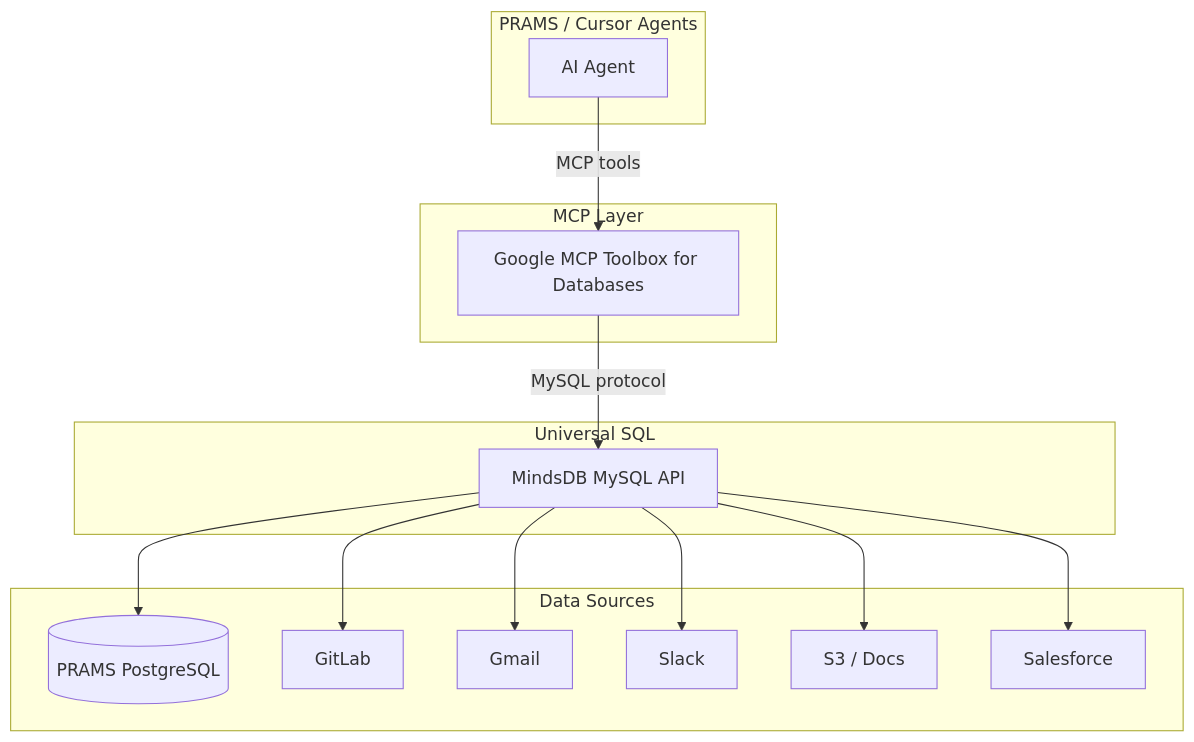
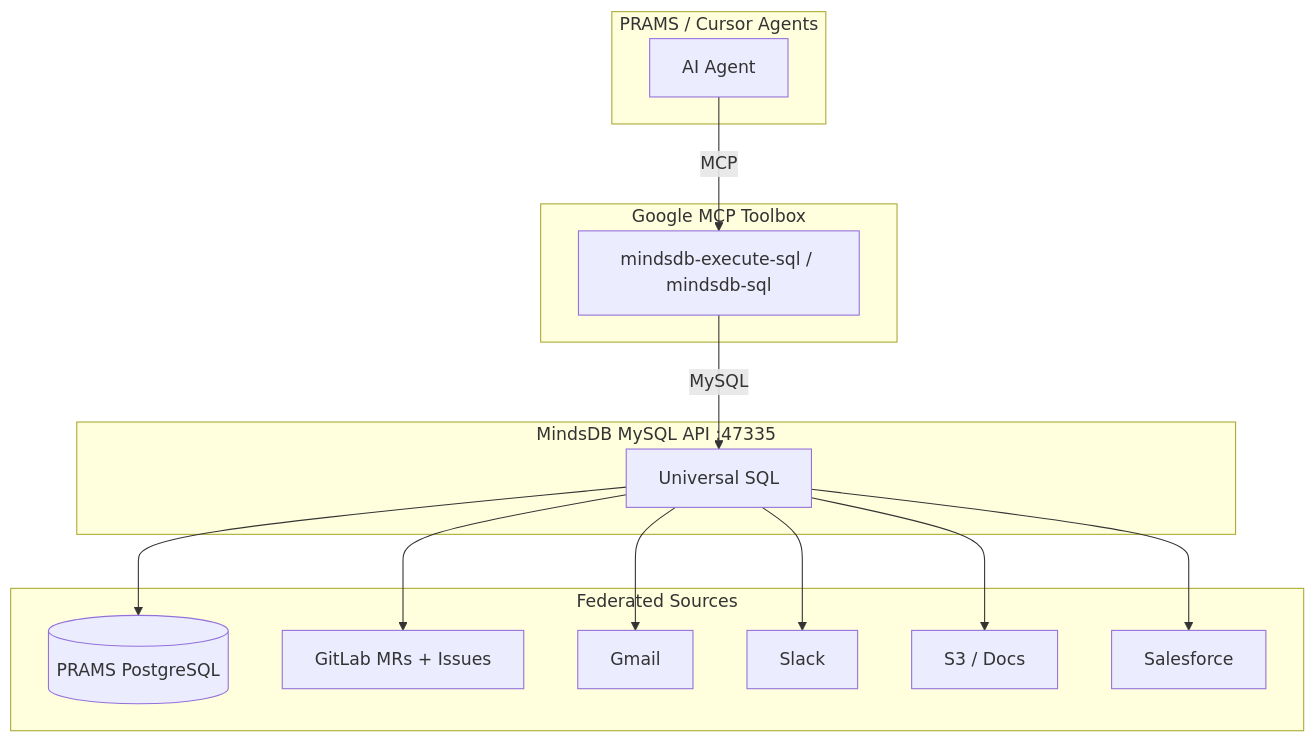
The diagram in docs/MCP_DATA_LAYER.md (chriscastille6/SONA-System), drawn with Mermaid before and after one commit. The commit also changed other lines of this file and 9 other files, not shown here.

First line of the commit message:
feat: wire MCP Toolbox + MindsDB federated SQL layer for PRAMS

````diff
--- a/docs/MCP_DATA_LAYER.md
+++ b/docs/MCP_DATA_LAYER.md
@@ -9,32 +14,32 @@
 ```mermaid
 flowchart TB
   subgraph agents [PRAMS / Cursor Agents]
     Agent[AI Agent]
   end
 
-  subgraph mcp [MCP Layer]
-    Toolbox[Google MCP Toolbox for Databases]
+  subgraph mcp [Google MCP Toolbox]
+    Tools[mindsdb-execute-sql / mindsdb-sql]
   end
 
-  subgraph sql [Universal SQL]
-    MindsDB[MindsDB MySQL API]
+  subgraph mindsdb [MindsDB MySQL API :47335]
+    SQL[Universal SQL]
   end
 
-  subgraph sources [Data Sources]
+  subgraph sources [Federated Sources]
     PG[(PRAMS PostgreSQL)]
-    GitLab[GitLab]
-    Gmail[Gmail]
+    GL[GitLab MRs + Issues]
+    Mail[Gmail]
     Slack[Slack]
     S3[S3 / Docs]
     CRM[Salesforce]
   end
 
-  Agent -->|MCP tools| Toolbox
-  Toolbox -->|MySQL protocol| MindsDB
-  MindsDB --> PG
-  MindsDB --> GitLab
-  MindsDB --> Gmail
-  MindsDB --> Slack
-  MindsDB --> S3
-  MindsDB --> CRM
+  Agent -->|MCP| Tools
+  Tools -->|MySQL| SQL
+  SQL --> PG
+  SQL --> GL
+  SQL --> Mail
+  SQL --> Slack
+  SQL --> S3
+  SQL --> CRM
 ```
````
